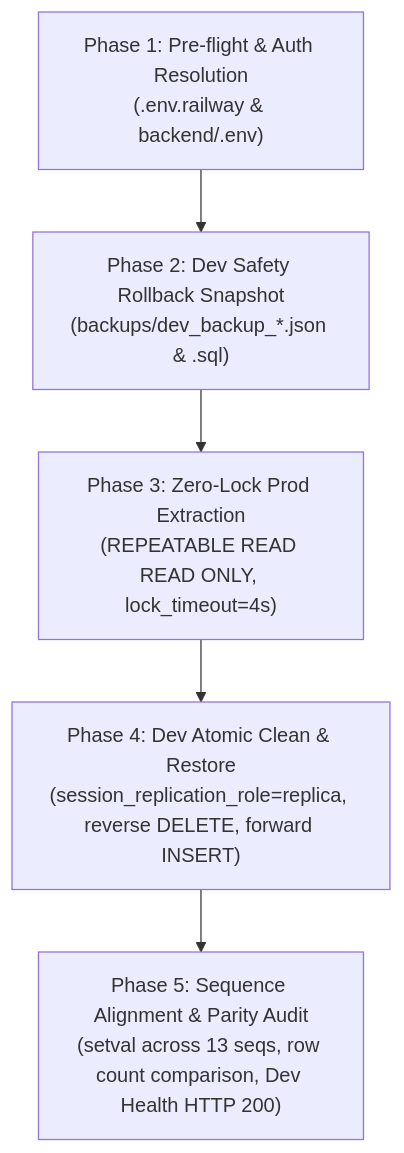
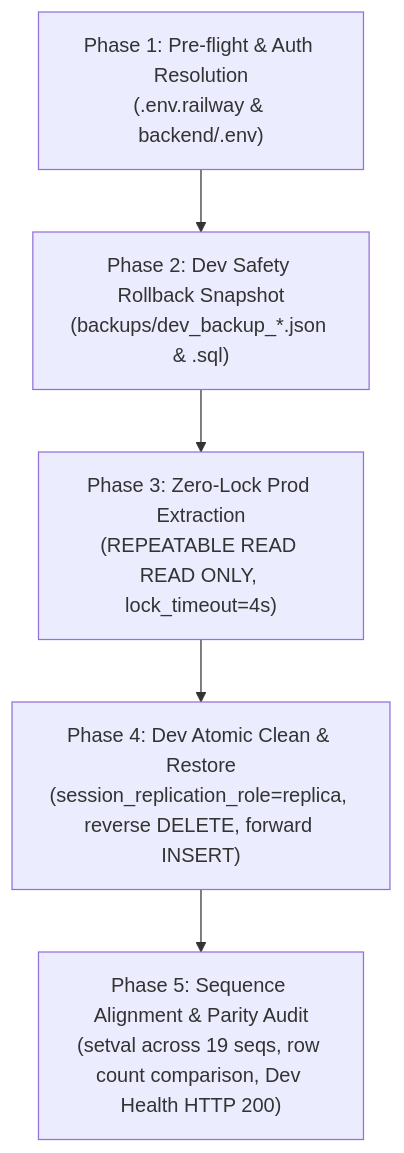
The diagram in .agents/skills/db-sync-prod-to-dev/SKILL.md (lyquangthai1993/logistics-website), drawn with Mermaid before and after one commit. The commit also changed other lines of this file and 4 other files, not shown here.

````diff
--- a/.agents/skills/db-sync-prod-to-dev/SKILL.md
+++ b/.agents/skills/db-sync-prod-to-dev/SKILL.md
@@ -89,7 +89,7 @@
 ```mermaid
 flowchart TD
     P1["Phase 1: Pre-flight & Auth Resolution<br>(.env.railway & backend/.env)"] --> P2["Phase 2: Dev Safety Rollback Snapshot<br>(backups/dev_backup_*.json & .sql)"]
     P2 --> P3["Phase 3: Zero-Lock Prod Extraction<br>(REPEATABLE READ READ ONLY, lock_timeout=4s)"]
     P3 --> P4["Phase 4: Dev Atomic Clean & Restore<br>(session_replication_role=replica, reverse DELETE, forward INSERT)"]
-    P4 --> P5["Phase 5: Sequence Alignment & Parity Audit<br>(setval across 13 seqs, row count comparison, Dev Health HTTP 200)"]
+    P4 --> P5["Phase 5: Sequence Alignment & Parity Audit<br>(setval across 19 seqs, row count comparison, Dev Health HTTP 200)"]
 ```
````
